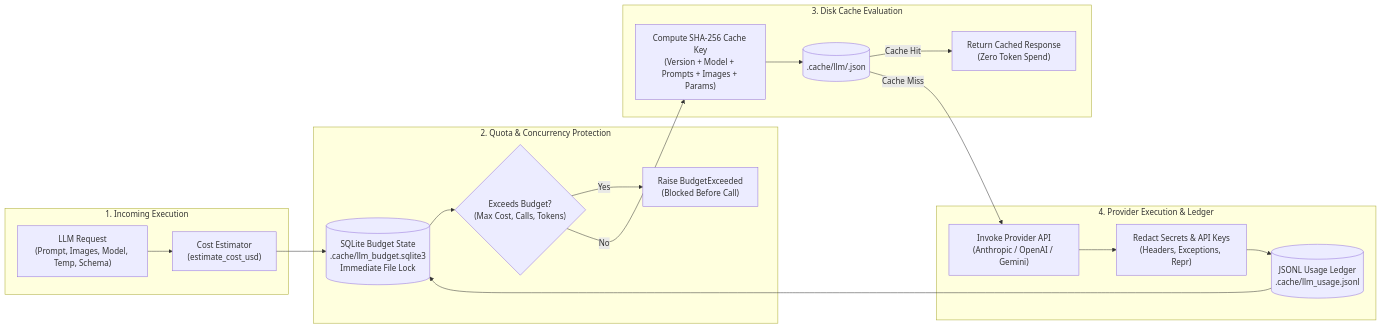
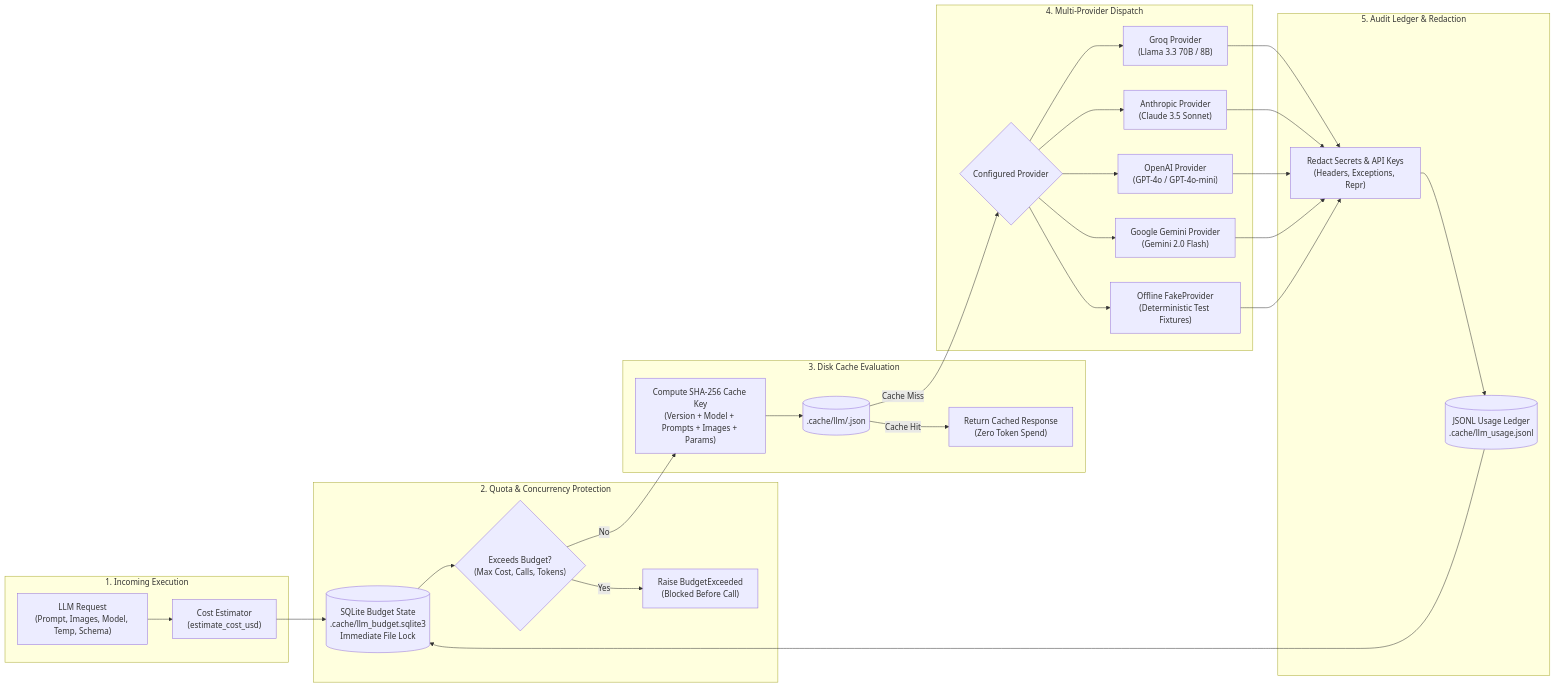
The third of 3 diagrams in README.md (rashidtesting8-ops/pet-gromming-agent-factory), drawn with Mermaid before and after one commit. The commit also changed other lines of this file, not shown here.

````diff
--- a/README.md
+++ b/README.md
@@ -190,37 +208,54 @@
 ```mermaid
 flowchart LR
     subgraph Request["1. Incoming Execution"]
         REQ["LLM Request<br/>(Prompt, Images, Model, Temp, Schema)"]
         EST["Cost Estimator<br/>(estimate_cost_usd)"]
     end
 
     subgraph Budgeting["2. Quota & Concurrency Protection"]
         DB[("SQLite Budget State<br/>.cache/llm_budget.sqlite3<br/>Immediate File Lock")]
         CHECK{"Exceeds Budget?<br/>(Max Cost, Calls, Tokens)"}
         EXC["Raise BudgetExceeded<br/>(Blocked Before Call)"]
     end
 
     subgraph CacheLayer["3. Disk Cache Evaluation"]
         KEY["Compute SHA-256 Cache Key<br/>(Version + Model + Prompts + Images + Params)"]
         DISK[(".cache/llm/<key>.json")]
         HIT["Return Cached Response<br/>(Zero Token Spend)"]
     end
 
-    subgraph ProviderLayer["4. Provider Execution & Ledger"]
-        CALL["Invoke Provider API<br/>(Anthropic / OpenAI / Gemini)"]
+    subgraph ProviderLayer["4. Multi-Provider Dispatch"]
+        PROV{"Configured Provider"}
+        GROQ["Groq Provider<br/>(Llama 3.3 70B / 8B)"]
+        ANTHROPIC["Anthropic Provider<br/>(Claude 3.5 Sonnet)"]
+        OPENAI["OpenAI Provider<br/>(GPT-4o / GPT-4o-mini)"]
+        GEMINI["Google Gemini Provider<br/>(Gemini 2.0 Flash)"]
+        FAKE["Offline FakeProvider<br/>(Deterministic Test Fixtures)"]
+    end
+
+    subgraph Ledger["5. Audit Ledger & Redaction"]
         RED["Redact Secrets & API Keys<br/>(Headers, Exceptions, Repr)"]
         LEDGER[("JSONL Usage Ledger<br/>.cache/llm_usage.jsonl")]
     end
 
     REQ --> EST
     EST --> DB
     DB --> CHECK
     CHECK -- "Yes" --> EXC
     CHECK -- "No" --> KEY
     KEY --> DISK
     DISK -- "Cache Hit" --> HIT
-    DISK -- "Cache Miss" --> CALL
-    CALL --> RED
+    DISK -- "Cache Miss" --> PROV
+    PROV --> GROQ
+    PROV --> ANTHROPIC
+    PROV --> OPENAI
+    PROV --> GEMINI
+    PROV --> FAKE
+    GROQ --> RED
+    ANTHROPIC --> RED
+    OPENAI --> RED
+    GEMINI --> RED
+    FAKE --> RED
     RED --> LEDGER
     LEDGER --> DB
 ```
````
